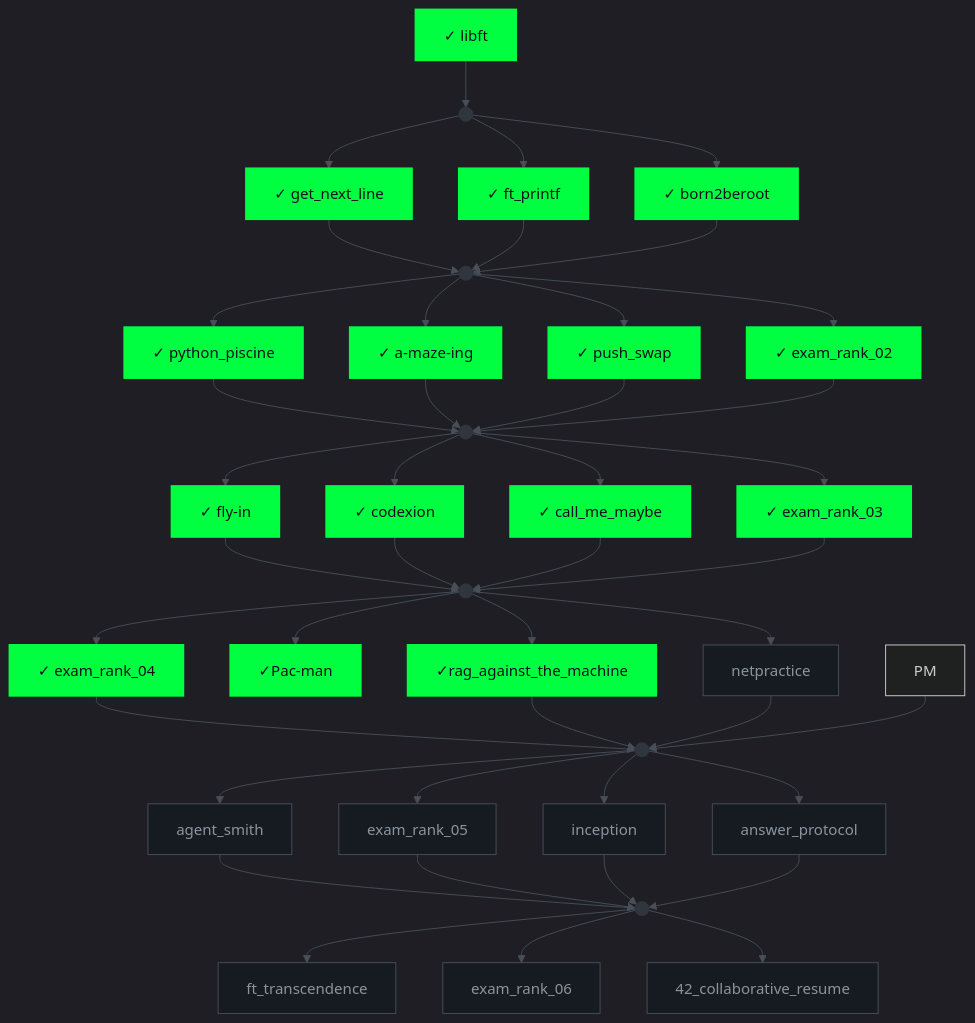
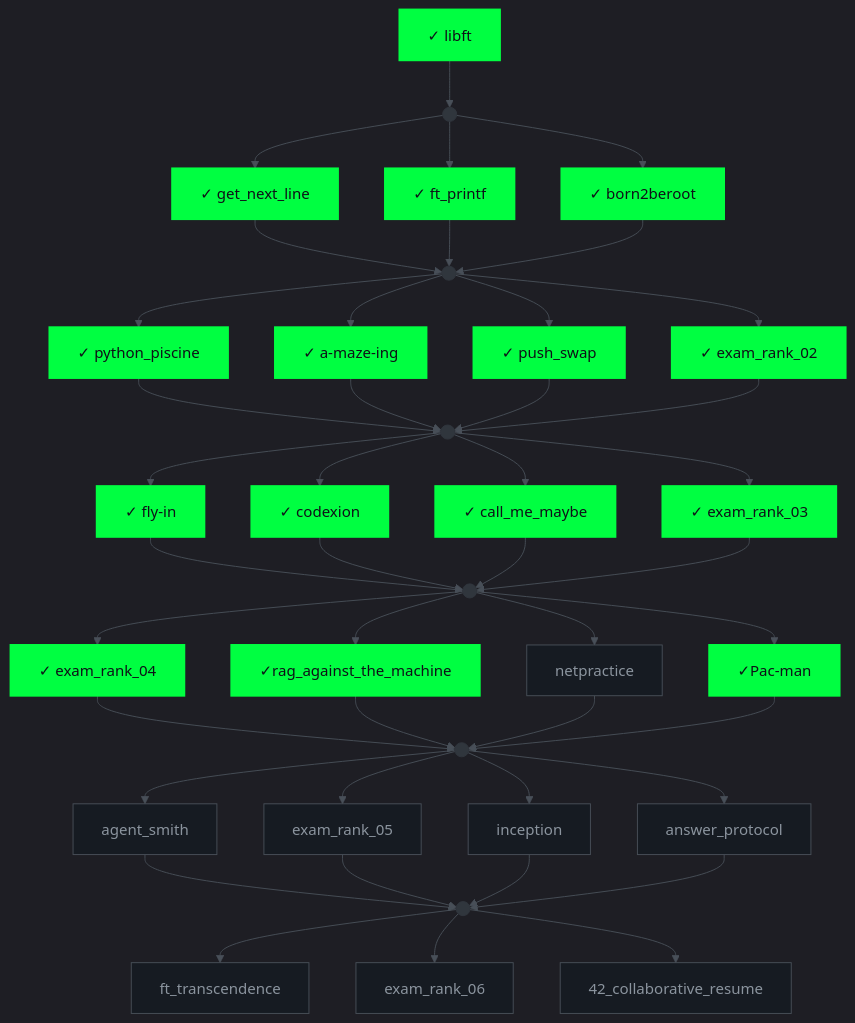
Before and after one commit to 0hmza/0hmza: the diagram in README.md, drawn with Mermaid.

Commit message:
Replace PM with PC in README.md

````diff
--- a/README.md
+++ b/README.md
@@ -55,60 +55,60 @@
 ```mermaid
 %%{init: {'theme':'dark','themeVariables':{'primaryColor':'#0D1117','primaryTextColor':'#C9D1D9','primaryBorderColor':'#30363D','lineColor':'#484F58','fontFamily':'monospace','fontSize':'16px'}}}%%
 graph TD
     LIB["✓ libft"]:::done --> G0((" ")):::gate
     G0 --> GNL["✓ get_next_line"]:::done
     G0 --> FP["✓ ft_printf"]:::done
     G0 --> B2B["✓ born2beroot"]:::done
 
     GNL --> G1((" ")):::gate
     FP --> G1
     B2B --> G1
 
     G1 --> PY["✓ python_piscine"]:::done
     G1 --> AM["✓ a-maze-ing"]:::done
     G1 --> PS["✓ push_swap"]:::done
     G1 --> E2["✓ exam_rank_02"]:::done
 
     PY --> G2((" ")):::gate
     AM --> G2
     PS --> G2
     E2 --> G2
 
     G2 --> FI["✓ fly-in"]:::done
     G2 --> CX["✓ codexion"]:::done
     G2 --> CMM["✓ call_me_maybe"]:::done
     G2 --> E3["✓ exam_rank_03"]:::done
 
     FI --> G3((" ")):::gate
     CX --> G3
     CMM --> G3
     E3 --> G3
 
     G3 --> E4["✓ exam_rank_04"]:::done
     G3 --> PC["✓Pac-man"]:::done
     G3 --> RAG["✓rag_against_the_machine"]:::done
     G3 --> NP["netpractice"]:::todo
 
     E4 --> G4((" ")):::gate
     RAG --> G4
     NP --> G4
-    PM --> G4
+    PC --> G4
 
     G4 --> AS["agent_smith"]:::todo
     G4 --> E5["exam_rank_05"]:::todo
     G4 --> INC["inception"]:::todo
     G4 --> AP["answer_protocol"]:::todo
 
     AS --> G5((" ")):::gate
     E5 --> G5
     INC --> G5
     AP --> G5
 
     G5 --> FT["ft_transcendence"]:::todo
     G5 --> E6["exam_rank_06"]:::todo
     G5 --> CR["42_collaborative_resume"]:::todo
 
     classDef done fill:#00FF41,stroke:#00FF41,color:#0D1117,stroke-width:2px
     classDef todo fill:#161B22,stroke:#484F58,color:#8B949E
     classDef gate fill:#30363D,stroke:#30363D,color:#30363D
 ```
````
